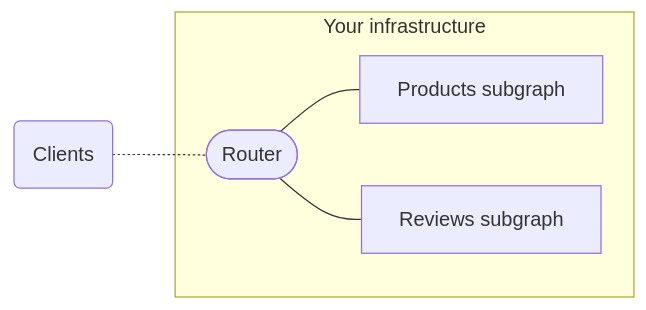
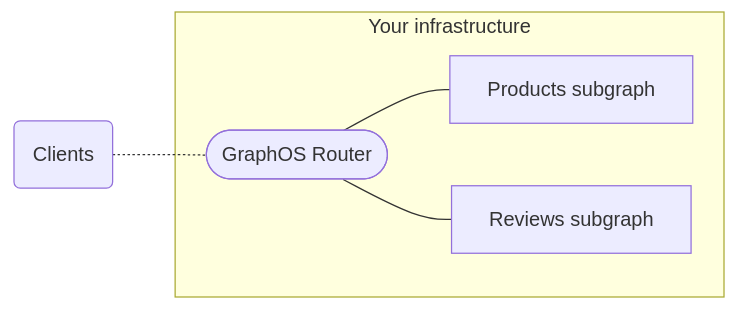
The fourth of 5 diagrams in src/content/graphos/basics/graphs/index.mdx (apollographql/docs), drawn with Mermaid before and after one commit. The commit also changed other lines of this file and 62 other files, not shown here.

````diff
--- a/src/content/graphos/basics/graphs/index.mdx
+++ b/src/content/graphos/basics/graphs/index.mdx
@@ -171,12 +171,12 @@
 ```mermaid
 flowchart LR;
   clients(Clients);
   subgraph "Your infrastructure"
-  router(["Router"]);
+  router(["GraphOS Router"]);
   serviceA[Products subgraph];
   serviceB[Reviews subgraph];
   router --- serviceA & serviceB;
   end;
   clients -.- router;
   class clients secondary;
 ```
````
